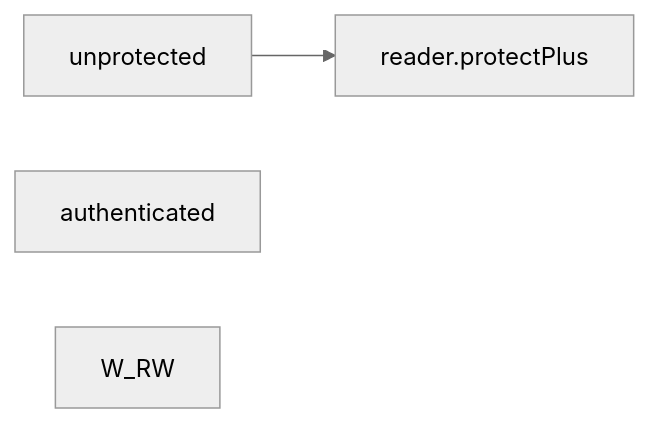
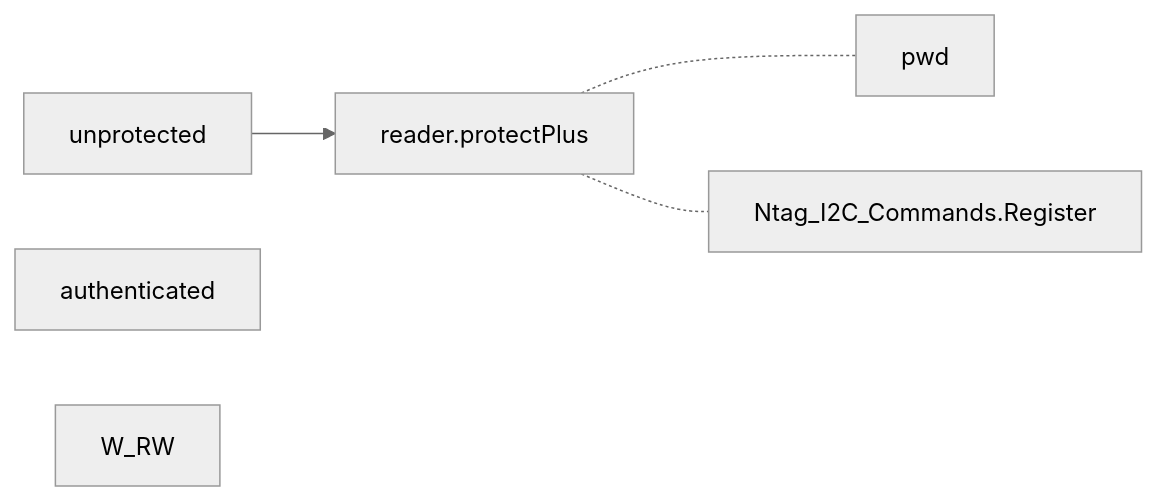
Before and after one commit to gordianknotC/nxp_note: diagram 16 of 16 in nxp/NtagDemo_mermaid.md, drawn with Mermaid (neutral theme). The commit also changed other lines of this file, not shown here.

Commit message:
nxp/NtagDemo_mermaid.md updated from https://stackedit.io/

````diff
--- a/nxp/NtagDemo_mermaid.md
+++ b/nxp/NtagDemo_mermaid.md
@@ -616,8 +616,10 @@
 ```mermaid
 graph LR
 unprotected --> reader.protectPlus
+reader.protectPlus -.- pwd
+reader.protectPlus -.- Ntag_I2C_Commands.Register
 authenticated
 W_RW
 
 
 ```
````
